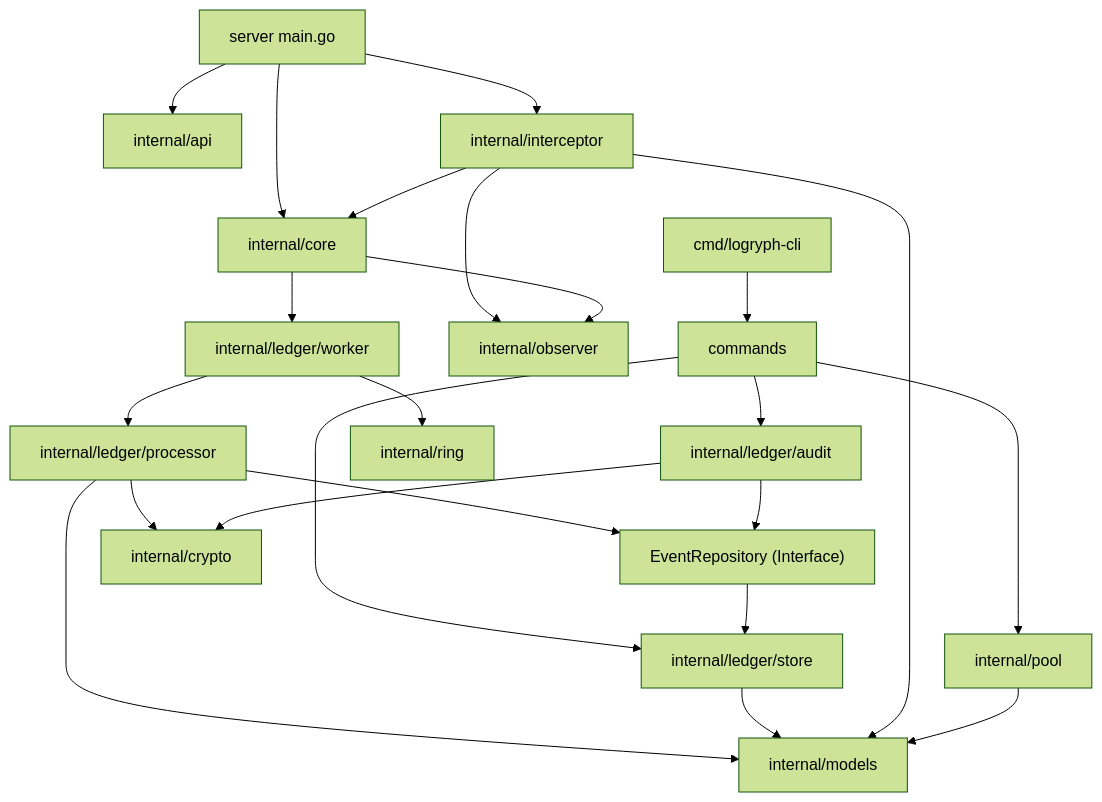
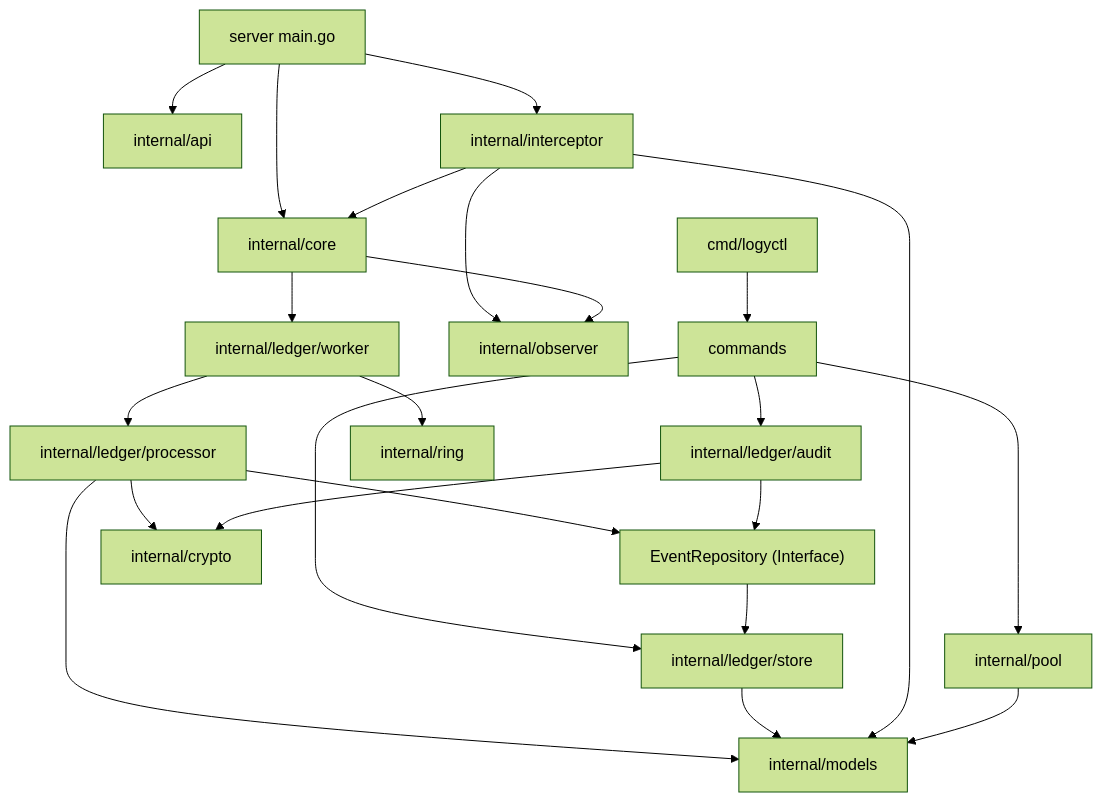
Before and after one commit to slyt3/Vouch: the diagram in ARCHITECTURE.md, drawn with Mermaid (forest theme). The commit also changed other lines of this file and 16 other files, not shown here.

Commit message:
Rename CLI to logyctl

````diff
--- a/ARCHITECTURE.md
+++ b/ARCHITECTURE.md
@@ -9,32 +9,32 @@
 ```mermaid
 graph TD
-    CLI[cmd/logryph-cli] --> CMD[commands]
+    CLI[cmd/logyctl] --> CMD[commands]
     CMD --> AUDIT[internal/ledger/audit]
     CMD --> STORE[internal/ledger/store]
     CMD --> POOL[internal/pool]
     
     MAIN[server main.go] --> CORE[internal/core]
     MAIN --> API[internal/api]
     MAIN --> INTERCEPTOR[internal/interceptor]
     
     INTERCEPTOR --> OBSERVER[internal/observer]
     INTERCEPTOR --> CORE
     
     CORE --> WORKER[internal/ledger/worker]
     CORE --> OBSERVER
     
     WORKER --> PROCESSOR[internal/ledger/processor]
     WORKER --> RING[internal/ring]
     
     PROCESSOR --> REPO["EventRepository (Interface)"]
     REPO --> STORE
     PROCESSOR --> CRYPTO[internal/crypto]
     PROCESSOR --> MODELS[internal/models]
     
     AUDIT --> REPO
     AUDIT --> CRYPTO
     
     STORE --> MODELS
     INTERCEPTOR --> MODELS
     POOL --> MODELS
 ```
````
